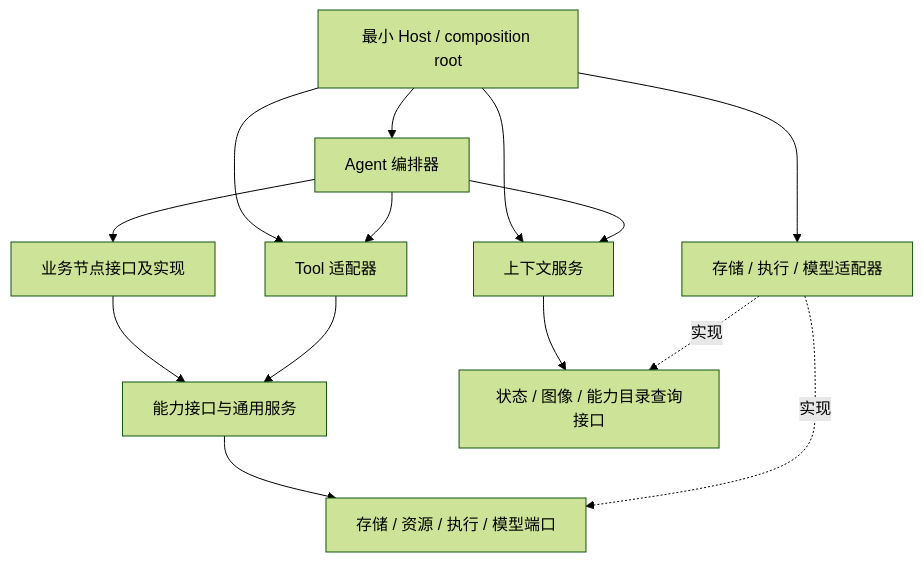
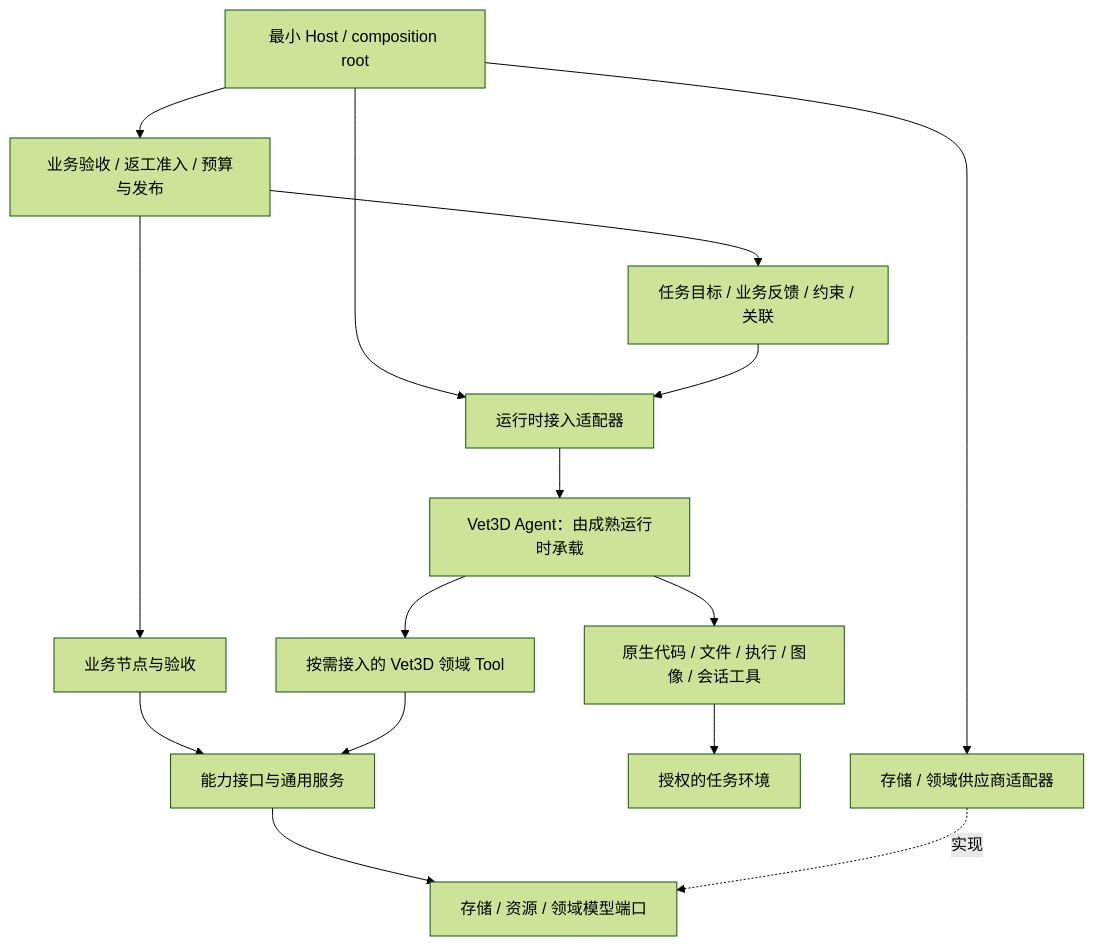
The first of 2 diagrams in docs/vet3d/implementation/README.md (vancer17/Vet3D), drawn with Mermaid (forest theme) before and after one commit. The commit also changed other lines of this file and 16 other files, not shown here.

````diff
--- a/docs/vet3d/implementation/README.md
+++ b/docs/vet3d/implementation/README.md
@@ -60,16 +63,17 @@
 ```mermaid
 flowchart TD
-    ROOT["最小 Host / composition root"] --> RUN["Agent 编排器"]
-    ROOT --> CTX["上下文服务"]
-    ROOT --> TOOL["Tool 适配器"]
-    ROOT --> ADAPT["存储 / 执行 / 模型适配器"]
-    RUN --> NODE["业务节点接口及实现"]
-    RUN --> CTX
-    RUN --> TOOL
+    ROOT["最小 Host / composition root"] --> RUN["业务验收 / 返工准入 / 预算与发布"]
+    ROOT --> ADAPT["运行时接入适配器"]
+    ROOT --> STORE["存储 / 领域供应商适配器"]
+    RUN --> TASK["任务目标 / 业务反馈 / 约束 / 关联"]
+    TASK --> ADAPT
+    ADAPT --> RUNTIME["Vet3D Agent：由成熟运行时承载"]
+    RUNTIME --> NATIVE["原生代码 / 文件 / 执行 / 图像 / 会话工具"]
+    NATIVE --> ENV["授权的任务环境"]
+    RUNTIME --> TOOL["按需接入的 Vet3D 领域 Tool"]
+    RUN --> NODE["业务节点与验收"]
     NODE --> CAP["能力接口与通用服务"]
     TOOL --> CAP
-    CTX --> QUERY["状态 / 图像 / 能力目录查询接口"]
-    CAP --> PORT["存储 / 资源 / 执行 / 模型端口"]
-    ADAPT -. 实现 .-> PORT
-    ADAPT -. 实现 .-> QUERY
+    CAP --> PORT["存储 / 资源 / 领域模型端口"]
+    STORE -. 实现 .-> PORT
 ```
````
